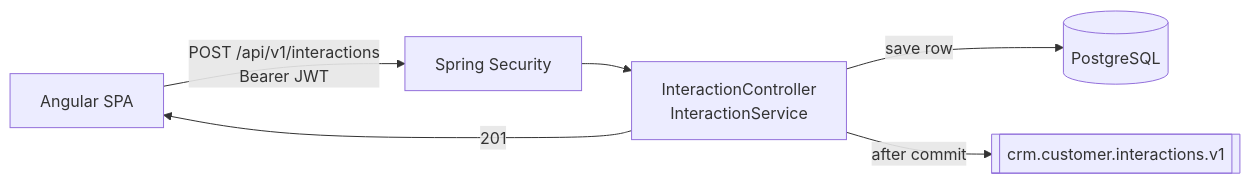
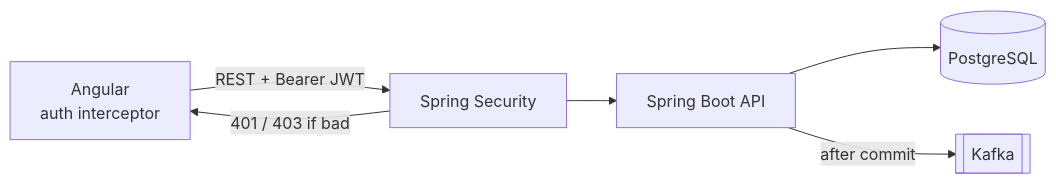
Before and after one commit to WillCraig/CapstoneProjectBoot: the first of 3 diagrams in docs/architecture.md, drawn with Mermaid. The commit also changed other lines of this file and 19 other files, not shown here.

````diff
--- a/docs/architecture.md
+++ b/docs/architecture.md
@@ -48,8 +35,8 @@
 ```mermaid
 flowchart LR
-  UI["Angular SPA"] -->|"POST /api/v1/interactions<br/>Bearer JWT"| SEC["Spring Security"]
-  SEC --> API["InteractionController<br/>InteractionService"]
-  API -->|"save row"| PG[("PostgreSQL")]
-  API -->|"after commit"| K[["crm.customer.interactions.v1"]]
-  API -->|"201"| UI
+  UI["Angular<br/>auth interceptor"] -->|"REST + Bearer JWT"| SEC["Spring Security"]
+  SEC -->|"401 / 403 if bad"| UI
+  SEC --> API["Spring Boot API"]
+  API --> PG[("PostgreSQL")]
+  API -->|"after commit"| K[["Kafka"]]
 ```
````
